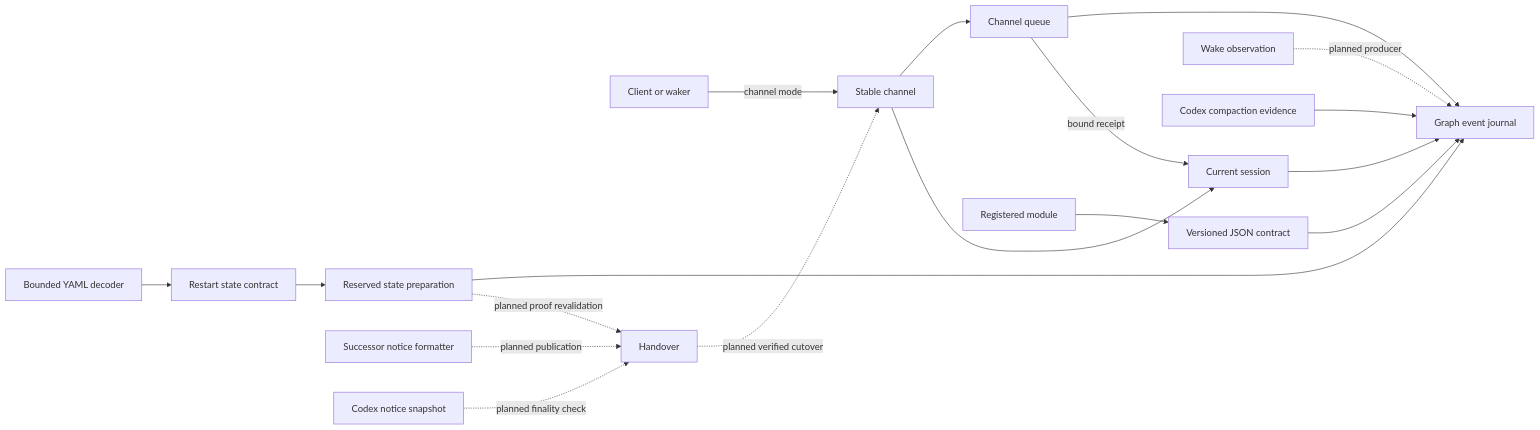
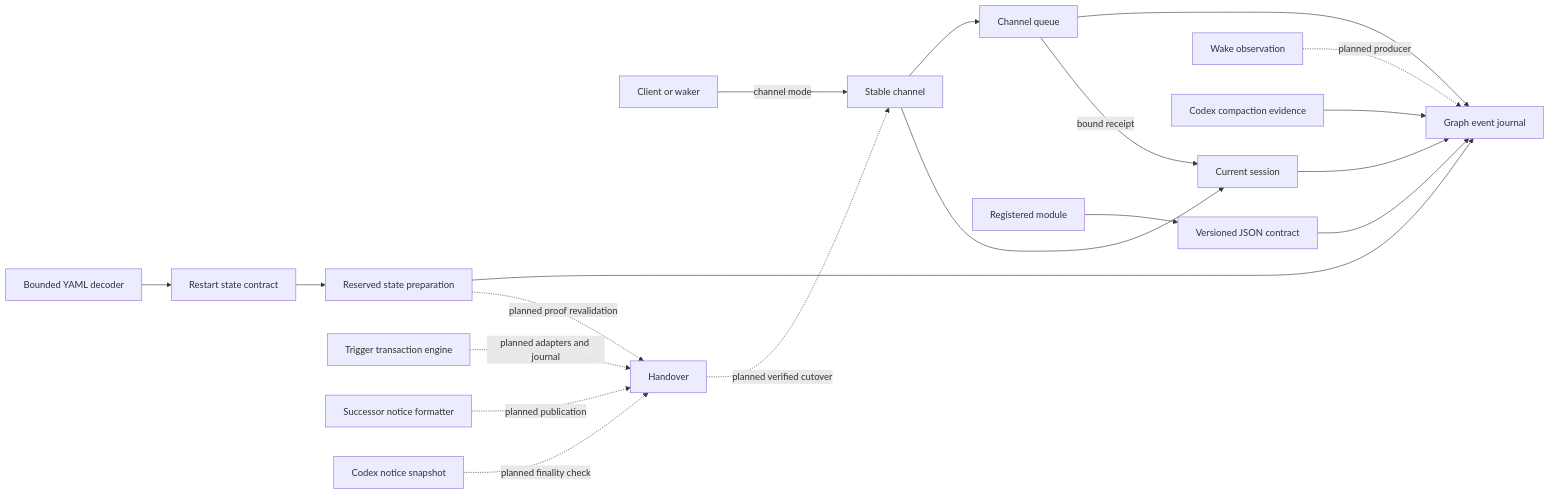
One commit to NestDevLab/agent-mesh changed the diagram in docs/design/plexus-architecture.mmd. Above: the diagram before and after it, drawn with Mermaid. The commit also changed 5 other files, not shown here.

Commit message:
Add guarded trigger reconciliation engine

```diff
--- a/docs/design/plexus-architecture.mmd
+++ b/docs/design/plexus-architecture.mmd
@@ -1,18 +1,19 @@
 flowchart LR
   Client["Client or waker"] -- "channel mode" --> Channel["Stable channel"]
   Channel --> Queue["Channel queue"]
   Channel --> Session["Current session"]
   Queue --> Journal["Graph event journal"]
   Session --> Journal
   Wake["Wake observation"] -. "planned producer" .-> Journal
   Compaction["Codex compaction evidence"] --> Journal
   Module["Registered module"] --> Contract["Versioned JSON contract"]
   Contract --> Journal
   Queue -- "bound receipt" --> Session
   Yaml["Bounded YAML decoder"] --> Restart
   Restart["Restart state contract"] --> StatePrep["Reserved state preparation"]
   StatePrep --> Journal
   StatePrep -. "planned proof revalidation" .-> Handover
+  TriggerTxn["Trigger transaction engine"] -. "planned adapters and journal" .-> Handover
   Notice["Successor notice formatter"] -. "planned publication" .-> Handover
   Observation["Codex notice snapshot"] -. "planned finality check" .-> Handover
   Handover["Handover"] -. "planned verified cutover" .-> Channel
```
